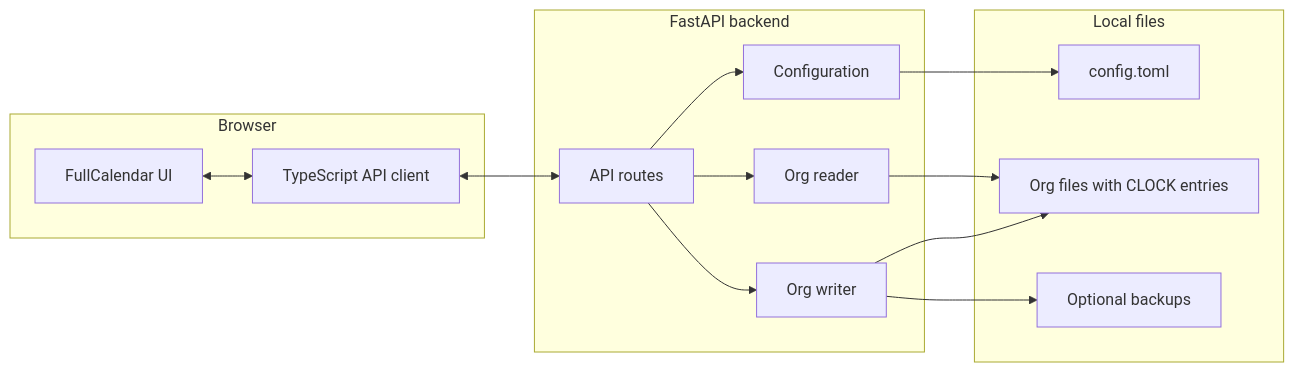
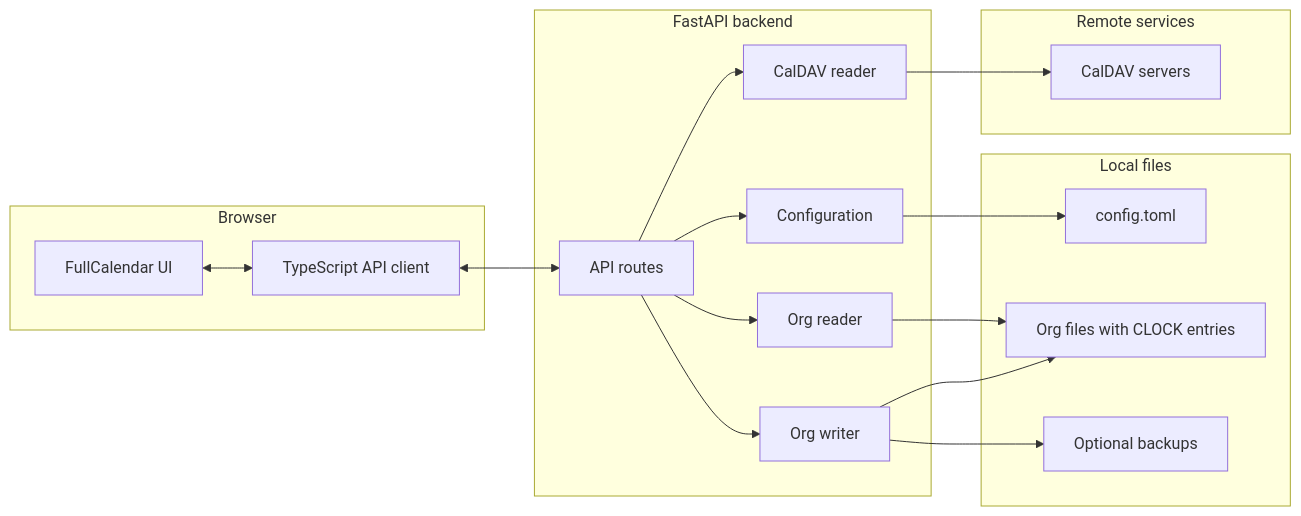
Before and after one commit to Embedded-Focus/stempelwerk: the diagram in README.md, drawn with Mermaid. The commit also changed other lines of this file and 14 other files, not shown here.

First line of the commit message:
Show read-only CalDAV calendars

````diff
--- a/README.md
+++ b/README.md
@@ -31,30 +31,37 @@
 ```mermaid
 flowchart LR
     subgraph Browser
         Calendar["FullCalendar UI"]
         ApiClient["TypeScript API client"]
     end
 
     subgraph Backend["FastAPI backend"]
         Routes["API routes"]
         Reader["Org reader"]
         Writer["Org writer"]
+        CalDAVReader["CalDAV reader"]
         Config["Configuration"]
     end
 
     subgraph Storage["Local files"]
         ConfigFile["config.toml"]
         OrgFiles["Org files with CLOCK entries"]
         Backups["Optional backups"]
+    end
+
+    subgraph Remote["Remote services"]
+        CalDAV["CalDAV servers"]
     end
 
     Calendar <--> ApiClient
     ApiClient <--> Routes
     Routes --> Config
     Config --> ConfigFile
     Routes --> Reader
     Routes --> Writer
     Reader --> OrgFiles
     Writer --> OrgFiles
     Writer --> Backups
+    Routes --> CalDAVReader
+    CalDAVReader --> CalDAV
 ```
````
